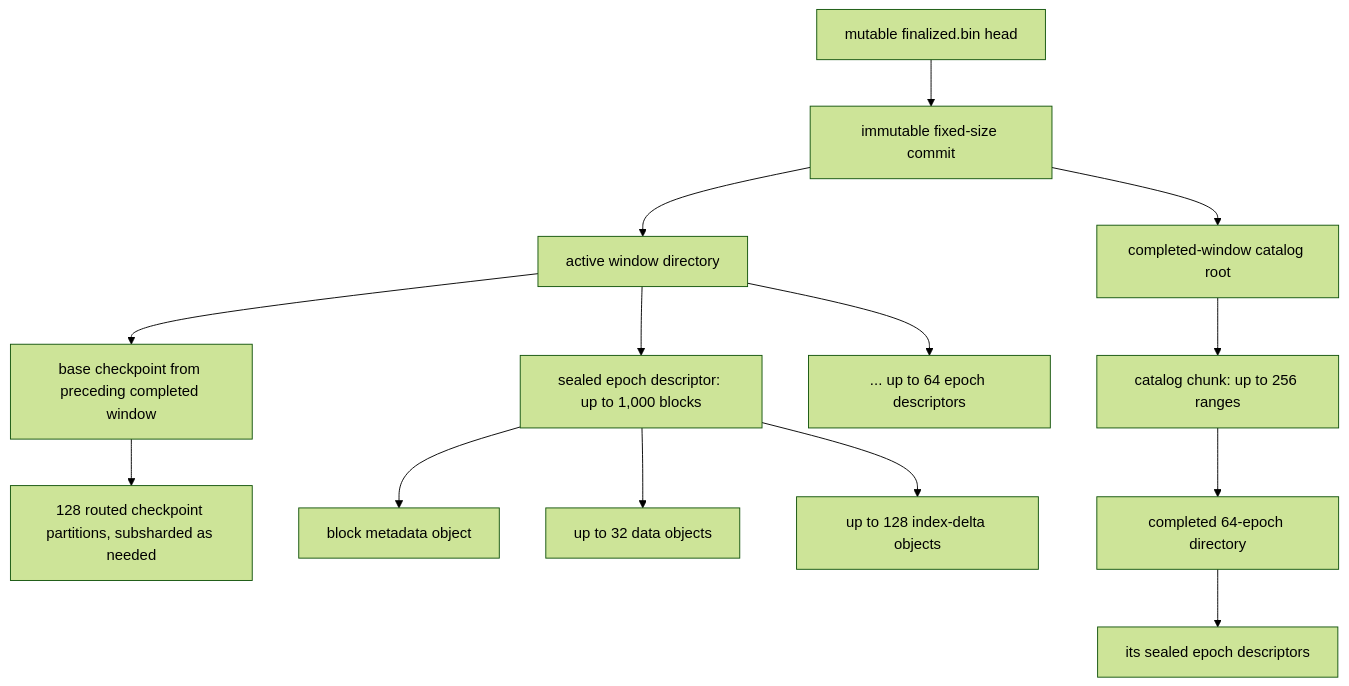
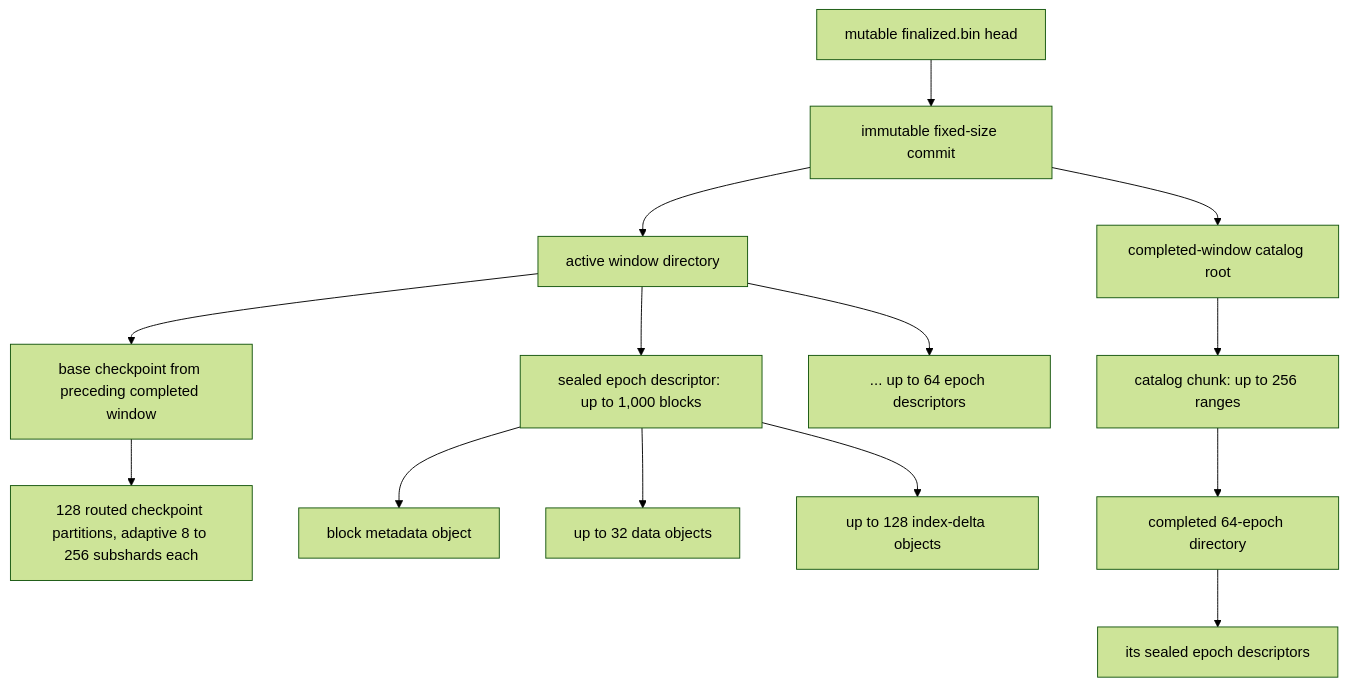
Before and after one commit to BrianBland/fossil: the second of 3 diagrams in docs/architecture.md, drawn with Mermaid (forest theme). The commit also changed other lines of this file and 21 other files, not shown here.

````diff
--- a/docs/architecture.md
+++ b/docs/architecture.md
@@ -42,16 +42,16 @@
 ```mermaid
 flowchart TD
     H[mutable finalized.bin head] --> C[immutable fixed-size commit]
     C --> D[active window directory]
     D --> CP[base checkpoint from preceding completed window]
-    CP --> CPS[128 routed checkpoint partitions, subsharded as needed]
+    CP --> CPS[128 routed checkpoint partitions, adaptive 8 to 256 subshards each]
     D --> E[sealed epoch descriptor: up to 1,000 blocks]
     E --> B[block metadata object]
     E --> DP[up to 32 data objects]
     E --> IP[up to 128 index-delta objects]
     D --> E2[... up to 64 epoch descriptors]
     C --> CR[completed-window catalog root]
     CR --> CC[catalog chunk: up to 256 ranges]
     CC --> OLD[completed 64-epoch directory]
     OLD --> OE[its sealed epoch descriptors]
 ```
````
